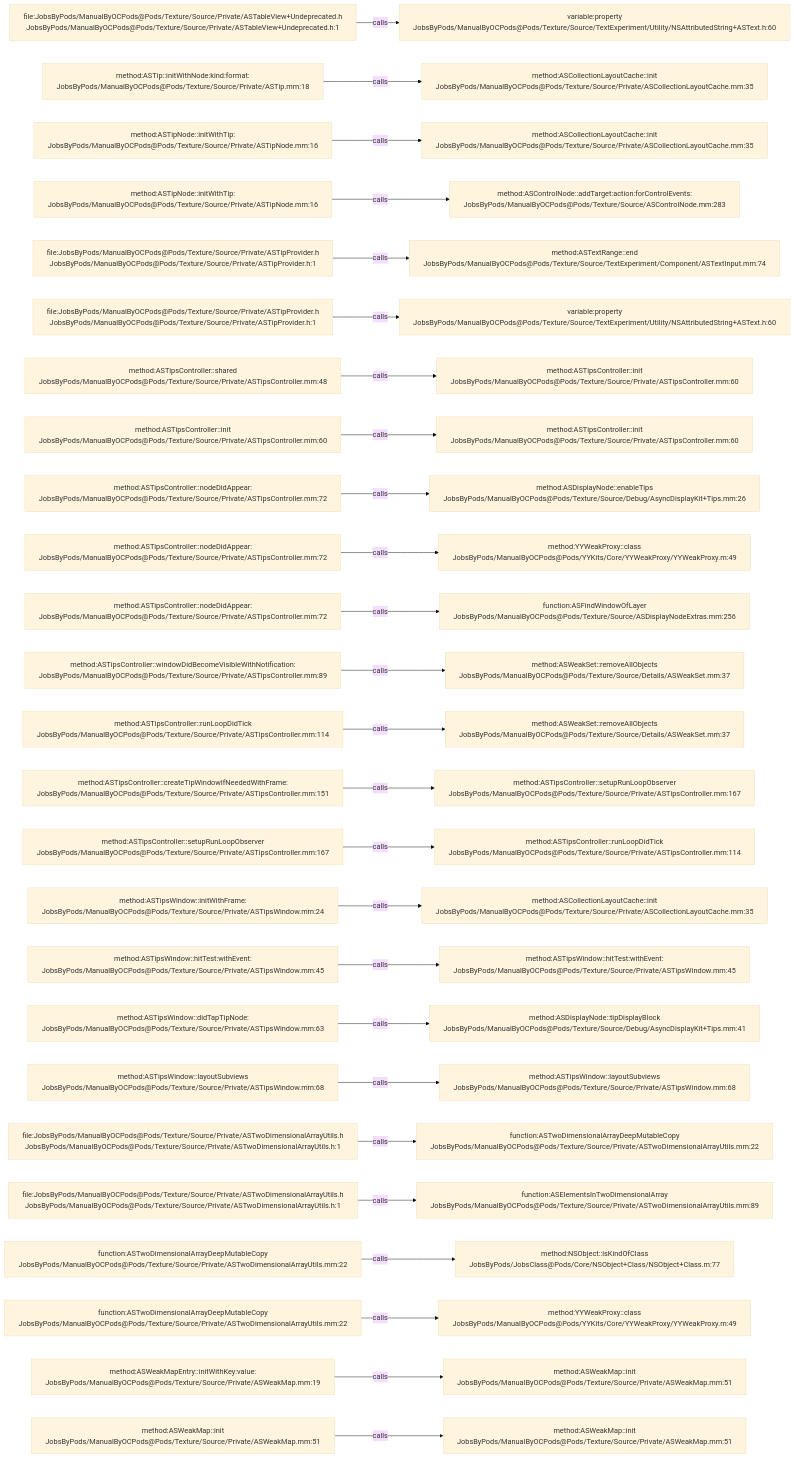
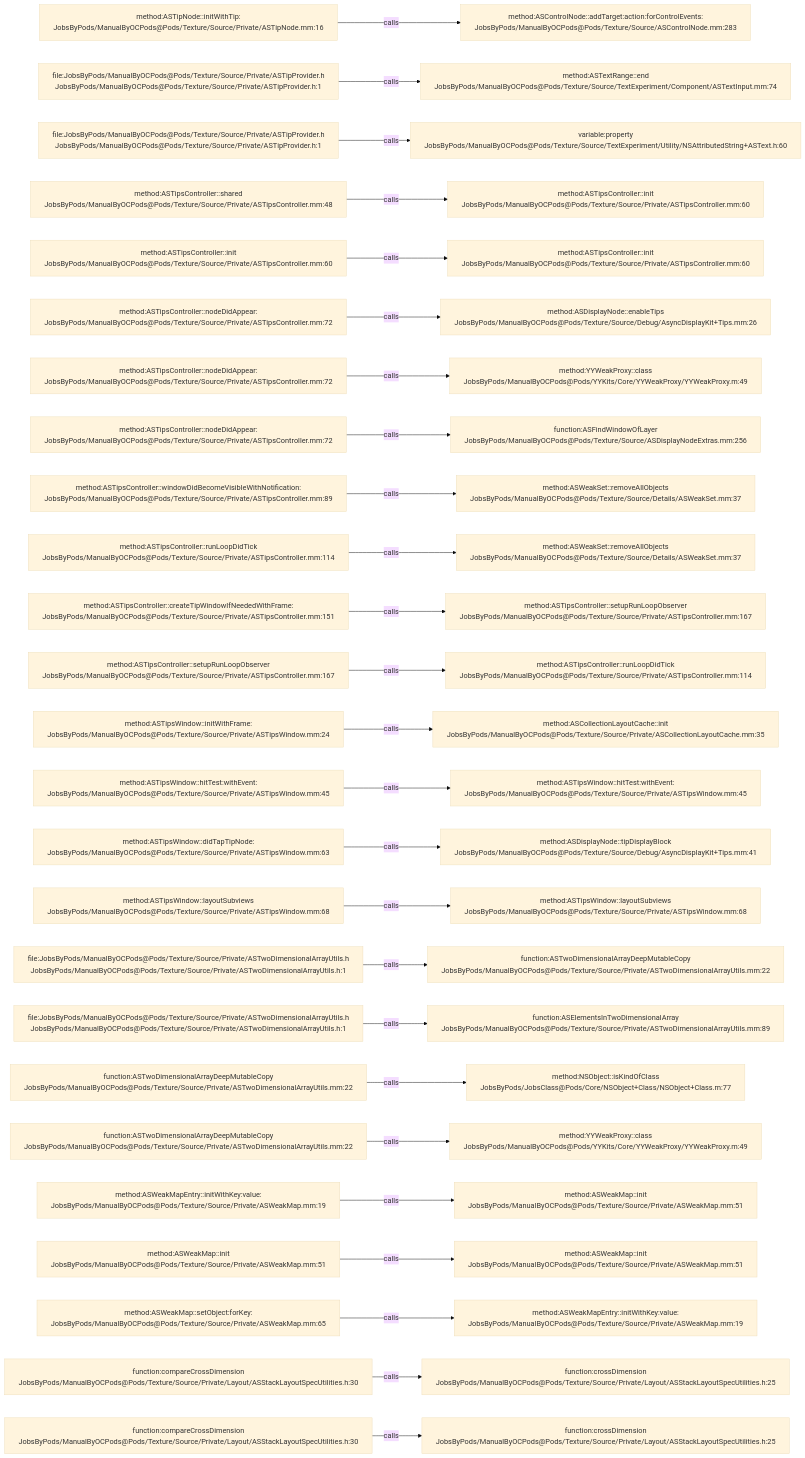
Before and after one commit to JobsKits/JobsOCBaseConfigDemo: the diagram in .codegraph/codegraph.md/graphs/calls-194.md, drawn with Mermaid (base theme). The commit also changed 342 other files, not shown here.

````diff
--- a/.codegraph/codegraph.md/graphs/calls-194.md
+++ b/.codegraph/codegraph.md/graphs/calls-194.md
@@ -13,78 +13,78 @@
 ```mermaid
 flowchart LR
-  S1["file:JobsByPods/ManualByOCPods@Pods/Texture/Source/Private/ASTableView+Undeprecated.h<br/>JobsByPods/ManualByOCPods@Pods/Texture/Source/Private/ASTableView+Undeprecated.h:1"]
-  T1["variable:property<br/>JobsByPods/ManualByOCPods@Pods/Texture/Source/TextExperiment/Utility/NSAttributedString+ASText.h:60"]
+  S1["method:ASTipNode::initWithTip:<br/>JobsByPods/ManualByOCPods@Pods/Texture/Source/Private/ASTipNode.mm:16"]
+  T1["method:ASControlNode::addTarget:action:forControlEvents:<br/>JobsByPods/ManualByOCPods@Pods/Texture/Source/ASControlNode.mm:283"]
   S1 -->|calls| T1
-  S2["method:ASTip::initWithNode:kind:format:<br/>JobsByPods/ManualByOCPods@Pods/Texture/Source/Private/ASTip.mm:18"]
-  T2["method:ASCollectionLayoutCache::init<br/>JobsByPods/ManualByOCPods@Pods/Texture/Source/Private/ASCollectionLayoutCache.mm:35"]
+  S2["file:JobsByPods/ManualByOCPods@Pods/Texture/Source/Private/ASTipProvider.h<br/>JobsByPods/ManualByOCPods@Pods/Texture/Source/Private/ASTipProvider.h:1"]
+  T2["method:ASTextRange::end<br/>JobsByPods/ManualByOCPods@Pods/Texture/Source/TextExperiment/Component/ASTextInput.mm:74"]
   S2 -->|calls| T2
-  S3["method:ASTipNode::initWithTip:<br/>JobsByPods/ManualByOCPods@Pods/Texture/Source/Private/ASTipNode.mm:16"]
-  T3["method:ASCollectionLayoutCache::init<br/>JobsByPods/ManualByOCPods@Pods/Texture/Source/Private/ASCollectionLayoutCache.mm:35"]
+  S3["file:JobsByPods/ManualByOCPods@Pods/Texture/Source/Private/ASTipProvider.h<br/>JobsByPods/ManualByOCPods@Pods/Texture/Source/Private/ASTipProvider.h:1"]
+  T3["variable:property<br/>JobsByPods/ManualByOCPods@Pods/Texture/Source/TextExperiment/Utility/NSAttributedString+ASText.h:60"]
   S3 -->|calls| T3
-  S4["method:ASTipNode::initWithTip:<br/>JobsByPods/ManualByOCPods@Pods/Texture/Source/Private/ASTipNode.mm:16"]
-  T4["method:ASControlNode::addTarget:action:forControlEvents:<br/>JobsByPods/ManualByOCPods@Pods/Texture/Source/ASControlNode.mm:283"]
+  S4["method:ASTipsController::shared<br/>JobsByPods/ManualByOCPods@Pods/Texture/Source/Private/ASTipsController.mm:48"]
+  T4["method:ASTipsController::init<br/>JobsByPods/ManualByOCPods@Pods/Texture/Source/Private/ASTipsController.mm:60"]
   S4 -->|calls| T4
-  S5["file:JobsByPods/ManualByOCPods@Pods/Texture/Source/Private/ASTipProvider.h<br/>JobsByPods/ManualByOCPods@Pods/Texture/Source/Private/ASTipProvider.h:1"]
-  T5["method:ASTextRange::end<br/>JobsByPods/ManualByOCPods@Pods/Texture/Source/TextExperiment/Component/ASTextInput.mm:74"]
+  S5["method:ASTipsController::init<br/>JobsByPods/ManualByOCPods@Pods/Texture/Source/Private/ASTipsController.mm:60"]
+  T5["method:ASTipsController::init<br/>JobsByPods/ManualByOCPods@Pods/Texture/Source/Private/ASTipsController.mm:60"]
   S5 -->|calls| T5
-  S6["file:JobsByPods/ManualByOCPods@Pods/Texture/Source/Private/ASTipProvider.h<br/>JobsByPods/ManualByOCPods@Pods/Texture/Source/Private/ASTipProvider.h:1"]
-  T6["variable:property<br/>JobsByPods/ManualByOCPods@Pods/Texture/Source/TextExperiment/Utility/NSAttributedString+ASText.h:60"]
+  S6["method:ASTipsController::nodeDidAppear:<br/>JobsByPods/ManualByOCPods@Pods/Texture/Source/Private/ASTipsController.mm:72"]
+  T6["method:ASDisplayNode::enableTips<br/>JobsByPods/ManualByOCPods@Pods/Texture/Source/Debug/AsyncDisplayKit+Tips.mm:26"]
   S6 -->|calls| T6
-  S7["method:ASTipsController::shared<br/>JobsByPods/ManualByOCPods@Pods/Texture/Source/Private/ASTipsController.mm:48"]
-  T7["method:ASTipsController::init<br/>JobsByPods/ManualByOCPods@Pods/Texture/Source/Private/ASTipsController.mm:60"]
+  S7["method:ASTipsController::nodeDidAppear:<br/>JobsByPods/ManualByOCPods@Pods/Texture/Source/Private/ASTipsController.mm:72"]
+  T7["method:YYWeakProxy::class<br/>JobsByPods/ManualByOCPods@Pods/YYKits/Core/YYWeakProxy/YYWeakProxy.m:49"]
   S7 -->|calls| T7
-  S8["method:ASTipsController::init<br/>JobsByPods/ManualByOCPods@Pods/Texture/Source/Private/ASTipsController.mm:60"]
-  T8["method:ASTipsController::init<br/>JobsByPods/ManualByOCPods@Pods/Texture/Source/Private/ASTipsController.mm:60"]
+  S8["method:ASTipsController::nodeDidAppear:<br/>JobsByPods/ManualByOCPods@Pods/Texture/Source/Private/ASTipsController.mm:72"]
+  T8["function:ASFindWindowOfLayer<br/>JobsByPods/ManualByOCPods@Pods/Texture/Source/ASDisplayNodeExtras.mm:256"]
   S8 -->|calls| T8
-  S9["method:ASTipsController::nodeDidAppear:<br/>JobsByPods/ManualByOCPods@Pods/Texture/Source/Private/ASTipsController.mm:72"]
-  T9["method:ASDisplayNode::enableTips<br/>JobsByPods/ManualByOCPods@Pods/Texture/Source/Debug/AsyncDisplayKit+Tips.mm:26"]
+  S9["method:ASTipsController::windowDidBecomeVisibleWithNotification:<br/>JobsByPods/ManualByOCPods@Pods/Texture/Source/Private/ASTipsController.mm:89"]
+  T9["method:ASWeakSet::removeAllObjects<br/>JobsByPods/ManualByOCPods@Pods/Texture/Source/Details/ASWeakSet.mm:37"]
   S9 -->|calls| T9
-  S10["method:ASTipsController::nodeDidAppear:<br/>JobsByPods/ManualByOCPods@Pods/Texture/Source/Private/ASTipsController.mm:72"]
-  T10["method:YYWeakProxy::class<br/>JobsByPods/ManualByOCPods@Pods/YYKits/Core/YYWeakProxy/YYWeakProxy.m:49"]
+  S10["method:ASTipsController::runLoopDidTick<br/>JobsByPods/ManualByOCPods@Pods/Texture/Source/Private/ASTipsController.mm:114"]
+  T10["method:ASWeakSet::removeAllObjects<br/>JobsByPods/ManualByOCPods@Pods/Texture/Source/Details/ASWeakSet.mm:37"]
   S10 -->|calls| T10
-  S11["method:ASTipsController::nodeDidAppear:<br/>JobsByPods/ManualByOCPods@Pods/Texture/Source/Private/ASTipsController.mm:72"]
-  T11["function:ASFindWindowOfLayer<br/>JobsByPods/ManualByOCPods@Pods/Texture/Source/ASDisplayNodeExtras.mm:256"]
+  S11["method:ASTipsController::createTipWindowIfNeededWithFrame:<br/>JobsByPods/ManualByOCPods@Pods/Texture/Source/Private/ASTipsController.mm:151"]
+  T11["method:ASTipsController::setupRunLoopObserver<br/>JobsByPods/ManualByOCPods@Pods/Texture/Source/Private/ASTipsController.mm:167"]
   S11 -->|calls| T11
-  S12["method:ASTipsController::windowDidBecomeVisibleWithNotification:<br/>JobsByPods/ManualByOCPods@Pods/Texture/Source/Private/ASTipsController.mm:89"]
-  T12["method:ASWeakSet::removeAllObjects<br/>JobsByPods/ManualByOCPods@Pods/Texture/Source/Details/ASWeakSet.mm:37"]
+  S12["method:ASTipsController::setupRunLoopObserver<br/>JobsByPods/ManualByOCPods@Pods/Texture/Source/Private/ASTipsController.mm:167"]
+  T12["method:ASTipsController::runLoopDidTick<br/>JobsByPods/ManualByOCPods@Pods/Texture/Source/Private/ASTipsController.mm:114"]
   S12 -->|calls| T12
-  S13["method:ASTipsController::runLoopDidTick<br/>JobsByPods/ManualByOCPods@Pods/Texture/Source/Private/ASTipsController.mm:114"]
-  T13["method:ASWeakSet::removeAllObjects<br/>JobsByPods/ManualByOCPods@Pods/Texture/Source/Details/ASWeakSet.mm:37"]
+  S13["method:ASTipsWindow::initWithFrame:<br/>JobsByPods/ManualByOCPods@Pods/Texture/Source/Private/ASTipsWindow.mm:24"]
+  T13["method:ASCollectionLayoutCache::init<br/>JobsByPods/ManualByOCPods@Pods/Texture/Source/Private/ASCollectionLayoutCache.mm:35"]
   S13 -->|calls| T13
-  S14["method:ASTipsController::createTipWindowIfNeededWithFrame:<br/>JobsByPods/ManualByOCPods@Pods/Texture/Source/Private/ASTipsController.mm:151"]
-  T14["method:ASTipsController::setupRunLoopObserver<br/>JobsByPods/ManualByOCPods@Pods/Texture/Source/Private/ASTipsController.mm:167"]
+  S14["method:ASTipsWindow::hitTest:withEvent:<br/>JobsByPods/ManualByOCPods@Pods/Texture/Source/Private/ASTipsWindow.mm:45"]
+  T14["method:ASTipsWindow::hitTest:withEvent:<br/>JobsByPods/ManualByOCPods@Pods/Texture/Source/Private/ASTipsWindow.mm:45"]
   S14 -->|calls| T14
-  S15["method:ASTipsController::setupRunLoopObserver<br/>JobsByPods/ManualByOCPods@Pods/Texture/Source/Private/ASTipsController.mm:167"]
-  T15["method:ASTipsController::runLoopDidTick<br/>JobsByPods/ManualByOCPods@Pods/Texture/Source/Private/ASTipsController.mm:114"]
+  S15["method:ASTipsWindow::didTapTipNode:<br/>JobsByPods/ManualByOCPods@Pods/Texture/Source/Private/ASTipsWindow.mm:63"]
+  T15["method:ASDisplayNode::tipDisplayBlock<br/>JobsByPods/ManualByOCPods@Pods/Texture/Source/Debug/AsyncDisplayKit+Tips.mm:41"]
   S15 -->|calls| T15
-  S16["method:ASTipsWindow::initWithFrame:<br/>JobsByPods/ManualByOCPods@Pods/Texture/Source/Private/ASTipsWindow.mm:24"]
-  T16["method:ASCollectionLayoutCache::init<br/>JobsByPods/ManualByOCPods@Pods/Texture/Source/Private/ASCollectionLayoutCache.mm:35"]
+  S16["method:ASTipsWindow::layoutSubviews<br/>JobsByPods/ManualByOCPods@Pods/Texture/Source/Private/ASTipsWindow.mm:68"]
+  T16["method:ASTipsWindow::layoutSubviews<br/>JobsByPods/ManualByOCPods@Pods/Texture/Source/Private/ASTipsWindow.mm:68"]
   S16 -->|calls| T16
-  S17["method:ASTipsWindow::hitTest:withEvent:<br/>JobsByPods/ManualByOCPods@Pods/Texture/Source/Private/ASTipsWindow.mm:45"]
-  T17["method:ASTipsWindow::hitTest:withEvent:<br/>JobsByPods/ManualByOCPods@Pods/Texture/Source/Private/ASTipsWindow.mm:45"]
+  S17["file:JobsByPods/ManualByOCPods@Pods/Texture/Source/Private/ASTwoDimensionalArrayUtils.h<br/>JobsByPods/ManualByOCPods@Pods/Texture/Source/Private/ASTwoDimensionalArrayUtils.h:1"]
+  T17["function:ASTwoDimensionalArrayDeepMutableCopy<br/>JobsByPods/ManualByOCPods@Pods/Texture/Source/Private/ASTwoDimensionalArrayUtils.mm:22"]
   S17 -->|calls| T17
-  S18["method:ASTipsWindow::didTapTipNode:<br/>JobsByPods/ManualByOCPods@Pods/Texture/Source/Private/ASTipsWindow.mm:63"]
-  T18["method:ASDisplayNode::tipDisplayBlock<br/>JobsByPods/ManualByOCPods@Pods/Texture/Source/Debug/AsyncDisplayKit+Tips.mm:41"]
+  S18["file:JobsByPods/ManualByOCPods@Pods/Texture/Source/Private/ASTwoDimensionalArrayUtils.h<br/>JobsByPods/ManualByOCPods@Pods/Texture/Source/Private/ASTwoDimensionalArrayUtils.h:1"]
+  T18["function:ASElementsInTwoDimensionalArray<br/>JobsByPods/ManualByOCPods@Pods/Texture/Source/Private/ASTwoDimensionalArrayUtils.mm:89"]
   S18 -->|calls| T18
-  S19["method:ASTipsWindow::layoutSubviews<br/>JobsByPods/ManualByOCPods@Pods/Texture/Source/Private/ASTipsWindow.mm:68"]
-  T19["method:ASTipsWindow::layoutSubviews<br/>JobsByPods/ManualByOCPods@Pods/Texture/Source/Private/ASTipsWindow.mm:68"]
+  S19["function:ASTwoDimensionalArrayDeepMutableCopy<br/>JobsByPods/ManualByOCPods@Pods/Texture/Source/Private/ASTwoDimensionalArrayUtils.mm:22"]
+  T19["method:NSObject::isKindOfClass<br/>JobsByPods/JobsClass@Pods/Core/NSObject+Class/NSObject+Class.m:77"]
   S19 -->|calls| T19
-  S20["file:JobsByPods/ManualByOCPods@Pods/Texture/Source/Private/ASTwoDimensionalArrayUtils.h<br/>JobsByPods/ManualByOCPods@Pods/Texture/Source/Private/ASTwoDimensionalArrayUtils.h:1"]
-  T20["function:ASTwoDimensionalArrayDeepMutableCopy<br/>JobsByPods/ManualByOCPods@Pods/Texture/Source/Private/ASTwoDimensionalArrayUtils.mm:22"]
+  S20["function:ASTwoDimensionalArrayDeepMutableCopy<br/>JobsByPods/ManualByOCPods@Pods/Texture/Source/Private/ASTwoDimensionalArrayUtils.mm:22"]
+  T20["method:YYWeakProxy::class<br/>JobsByPods/ManualByOCPods@Pods/YYKits/Core/YYWeakProxy/YYWeakProxy.m:49"]
   S20 -->|calls| T20
-  S21["file:JobsByPods/ManualByOCPods@Pods/Texture/Source/Private/ASTwoDimensionalArrayUtils.h<br/>JobsByPods/ManualByOCPods@Pods/Texture/Source/Private/ASTwoDimensionalArrayUtils.h:1"]
-  T21["function:ASElementsInTwoDimensionalArray<br/>JobsByPods/ManualByOCPods@Pods/Texture/Source/Private/ASTwoDimensionalArrayUtils.mm:89"]
+  S21["method:ASWeakMapEntry::initWithKey:value:<br/>JobsByPods/ManualByOCPods@Pods/Texture/Source/Private/ASWeakMap.mm:19"]
+  T21["method:ASWeakMap::init<br/>JobsByPods/ManualByOCPods@Pods/Texture/Source/Private/ASWeakMap.mm:51"]
   S21 -->|calls| T21
-  S22["function:ASTwoDimensionalArrayDeepMutableCopy<br/>JobsByPods/ManualByOCPods@Pods/Texture/Source/Private/ASTwoDimensionalArrayUtils.mm:22"]
-  T22["method:NSObject::isKindOfClass<br/>JobsByPods/JobsClass@Pods/Core/NSObject+Class/NSObject+Class.m:77"]
+  S22["method:ASWeakMap::init<br/>JobsByPods/ManualByOCPods@Pods/Texture/Source/Private/ASWeakMap.mm:51"]
+  T22["method:ASWeakMap::init<br/>JobsByPods/ManualByOCPods@Pods/Texture/Source/Private/ASWeakMap.mm:51"]
   S22 -->|calls| T22
-  S23["function:ASTwoDimensionalArrayDeepMutableCopy<br/>JobsByPods/ManualByOCPods@Pods/Texture/Source/Private/ASTwoDimensionalArrayUtils.mm:22"]
-  T23["method:YYWeakProxy::class<br/>JobsByPods/ManualByOCPods@Pods/YYKits/Core/YYWeakProxy/YYWeakProxy.m:49"]
+  S23["method:ASWeakMap::setObject:forKey:<br/>JobsByPods/ManualByOCPods@Pods/Texture/Source/Private/ASWeakMap.mm:65"]
+  T23["method:ASWeakMapEntry::initWithKey:value:<br/>JobsByPods/ManualByOCPods@Pods/Texture/Source/Private/ASWeakMap.mm:19"]
   S23 -->|calls| T23
-  S24["method:ASWeakMapEntry::initWithKey:value:<br/>JobsByPods/ManualByOCPods@Pods/Texture/Source/Private/ASWeakMap.mm:19"]
-  T24["method:ASWeakMap::init<br/>JobsByPods/ManualByOCPods@Pods/Texture/Source/Private/ASWeakMap.mm:51"]
+  S24["function:compareCrossDimension<br/>JobsByPods/ManualByOCPods@Pods/Texture/Source/Private/Layout/ASStackLayoutSpecUtilities.h:30"]
+  T24["function:crossDimension<br/>JobsByPods/ManualByOCPods@Pods/Texture/Source/Private/Layout/ASStackLayoutSpecUtilities.h:25"]
   S24 -->|calls| T24
-  S25["method:ASWeakMap::init<br/>JobsByPods/ManualByOCPods@Pods/Texture/Source/Private/ASWeakMap.mm:51"]
-  T25["method:ASWeakMap::init<br/>JobsByPods/ManualByOCPods@Pods/Texture/Source/Private/ASWeakMap.mm:51"]
+  S25["function:compareCrossDimension<br/>JobsByPods/ManualByOCPods@Pods/Texture/Source/Private/Layout/ASStackLayoutSpecUtilities.h:30"]
+  T25["function:crossDimension<br/>JobsByPods/ManualByOCPods@Pods/Texture/Source/Private/Layout/ASStackLayoutSpecUtilities.h:25"]
   S25 -->|calls| T25
 ```
````
